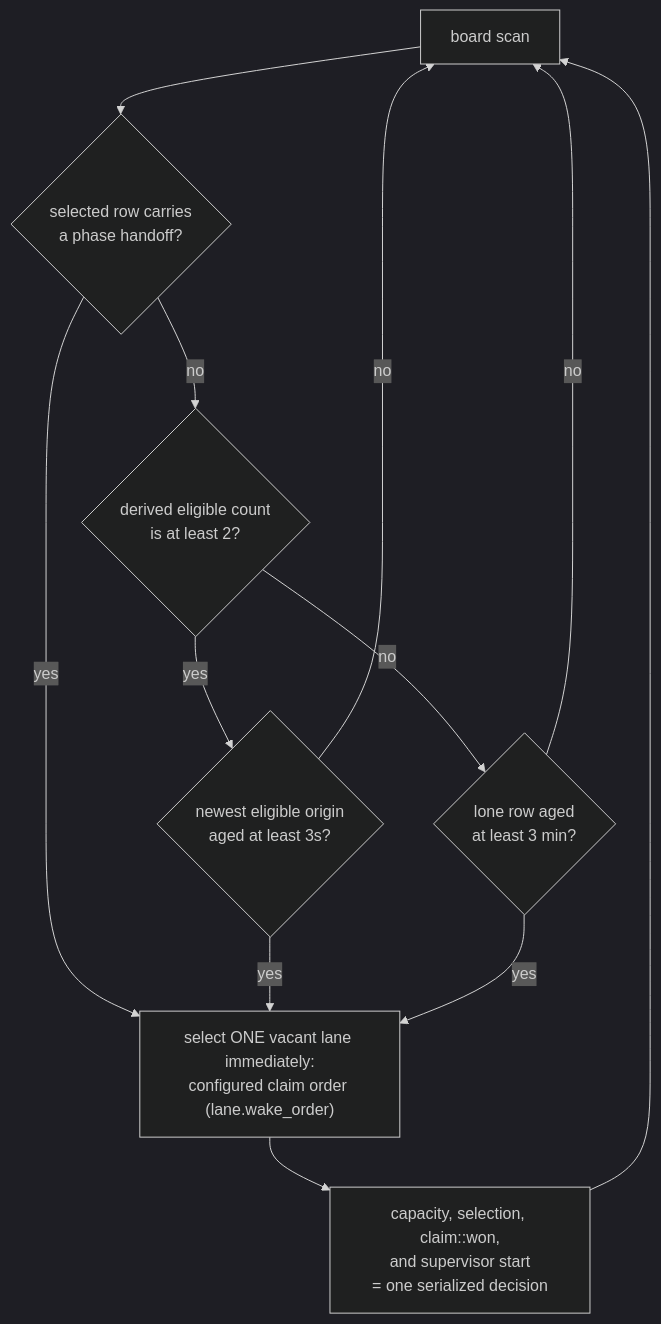
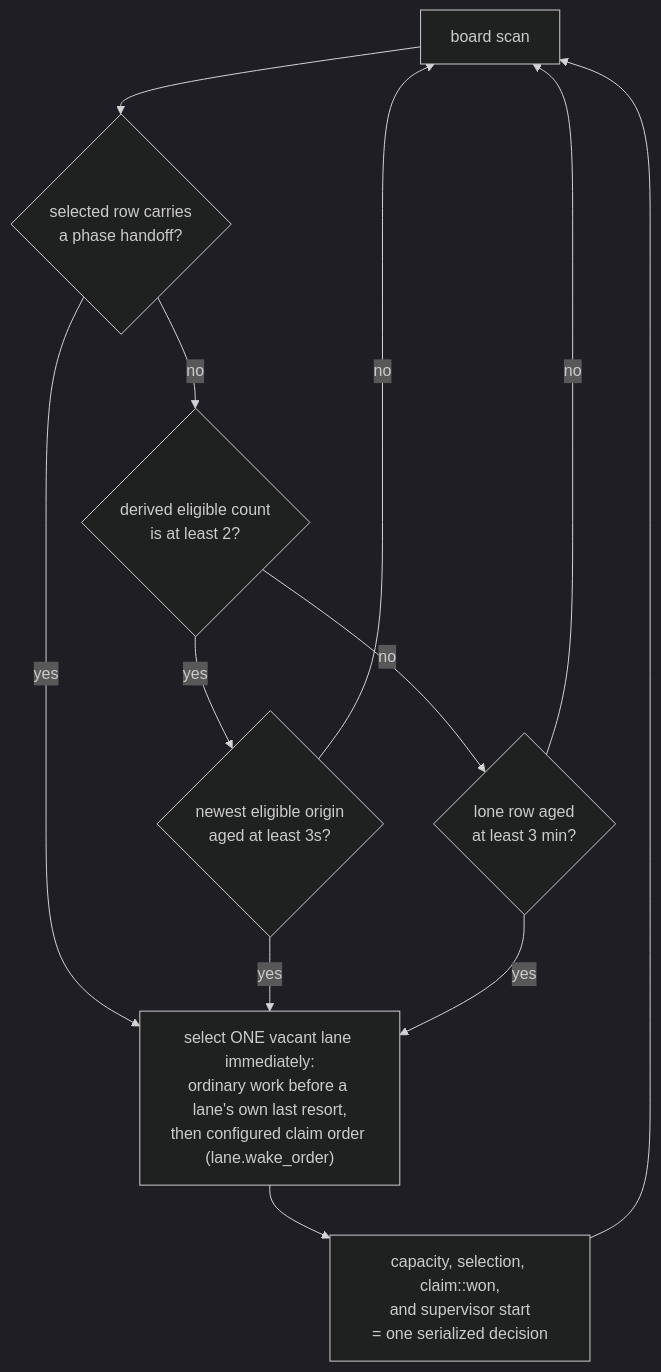
One commit to infimalabs/spice-rust changed diagram 12 of 17 in docs/product/loops.md. Above: the diagram before and after it, drawn with Mermaid (dark theme). The commit also changed 7 other files, not shown here.

First line of the commit message:
spice: Wake an idle peer before a lane's own last-resort work WAKE-dVkJP042f

````diff
--- a/docs/product/loops.md
+++ b/docs/product/loops.md
@@ -339,14 +339,14 @@
 ```mermaid
 flowchart TD
   B["board scan"] --> H{"selected row carries<br/>a phase handoff?"}
-  H -- yes --> W["select ONE vacant lane immediately:<br/>configured claim order (lane.wake_order)"]
+  H -- yes --> W["select ONE vacant lane immediately:<br/>ordinary work before a lane's own last resort,<br/>then configured claim order (lane.wake_order)"]
   H -- no --> R{"derived eligible count<br/>is at least 2?"}
   R -- yes --> S{"newest eligible origin<br/>aged at least 3s?"}
   R -- no --> L{"lone row aged<br/>at least 3 min?"}
   S -- yes --> W
   S -- no --> B
   L -- yes --> W
   L -- no --> B
   W --> C["capacity, selection, claim::won,<br/>and supervisor start<br/>= one serialized decision"]
   C --> B
 ```
````
